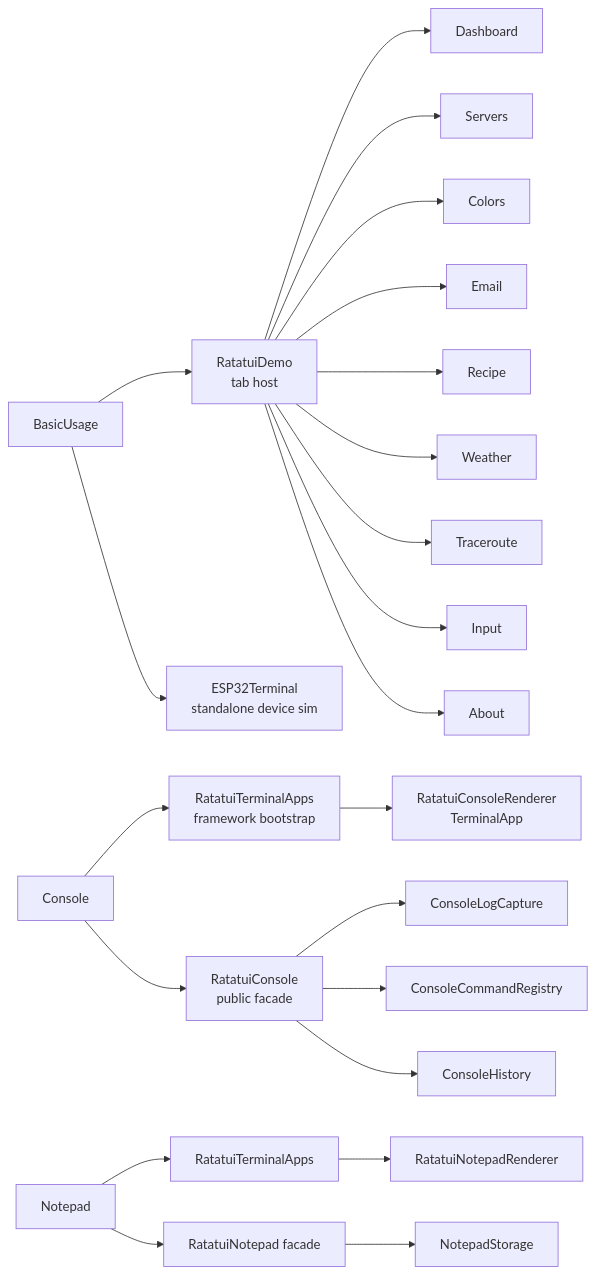
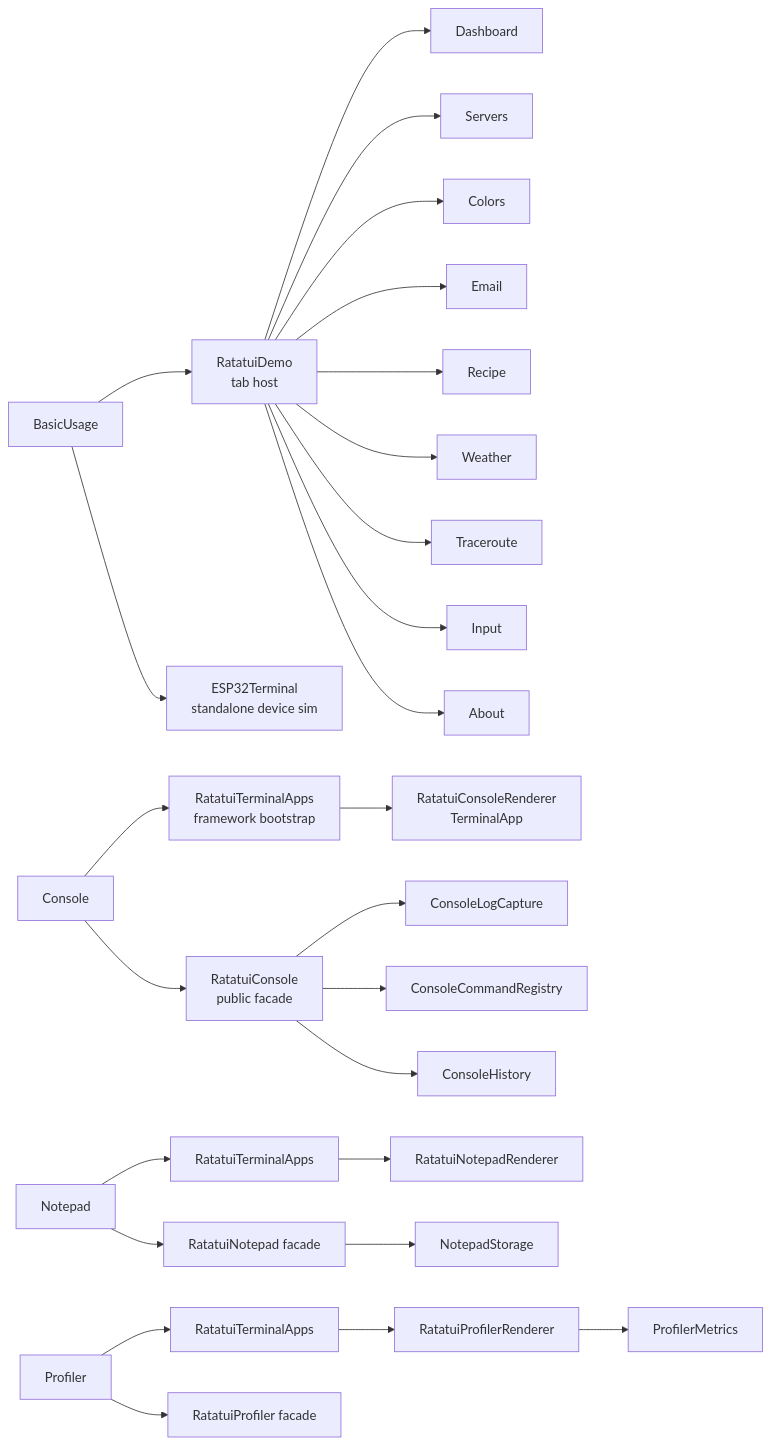
The diagram in docs/articles/samples-overview.md (farukcan/ratatui-unity), drawn with Mermaid before and after one commit. The commit also changed other lines of this file and 5 other files, not shown here.

````diff
--- a/docs/articles/samples-overview.md
+++ b/docs/articles/samples-overview.md
@@ -15,26 +16,31 @@
 ```mermaid
 graph LR
     A[BasicUsage] --> A1[RatatuiDemo<br/>tab host]
     A1 --> A2[Dashboard]
     A1 --> A3[Servers]
     A1 --> A4[Colors]
     A1 --> A5[Email]
     A1 --> A6[Recipe]
     A1 --> A7[Weather]
     A1 --> A8[Traceroute]
     A1 --> A9[Input]
     A1 --> A10[About]
     A --> B[ESP32Terminal<br/>standalone device sim]
 
     C[Console] --> C0[RatatuiTerminalApps<br/>framework bootstrap]
     C0 --> C5[RatatuiConsoleRenderer<br/>TerminalApp]
     C --> C1[RatatuiConsole<br/>public facade]
     C1 --> C2[ConsoleLogCapture]
     C1 --> C3[ConsoleCommandRegistry]
     C1 --> C4[ConsoleHistory]
 
     D[Notepad] --> D0[RatatuiTerminalApps]
     D0 --> D1[RatatuiNotepadRenderer]
     D --> D2[RatatuiNotepad facade]
     D2 --> D3[NotepadStorage]
+
+    E[Profiler] --> E0[RatatuiTerminalApps]
+    E0 --> E1[RatatuiProfilerRenderer]
+    E --> E2[RatatuiProfiler facade]
+    E1 --> E3[ProfilerMetrics]
 ```
````
